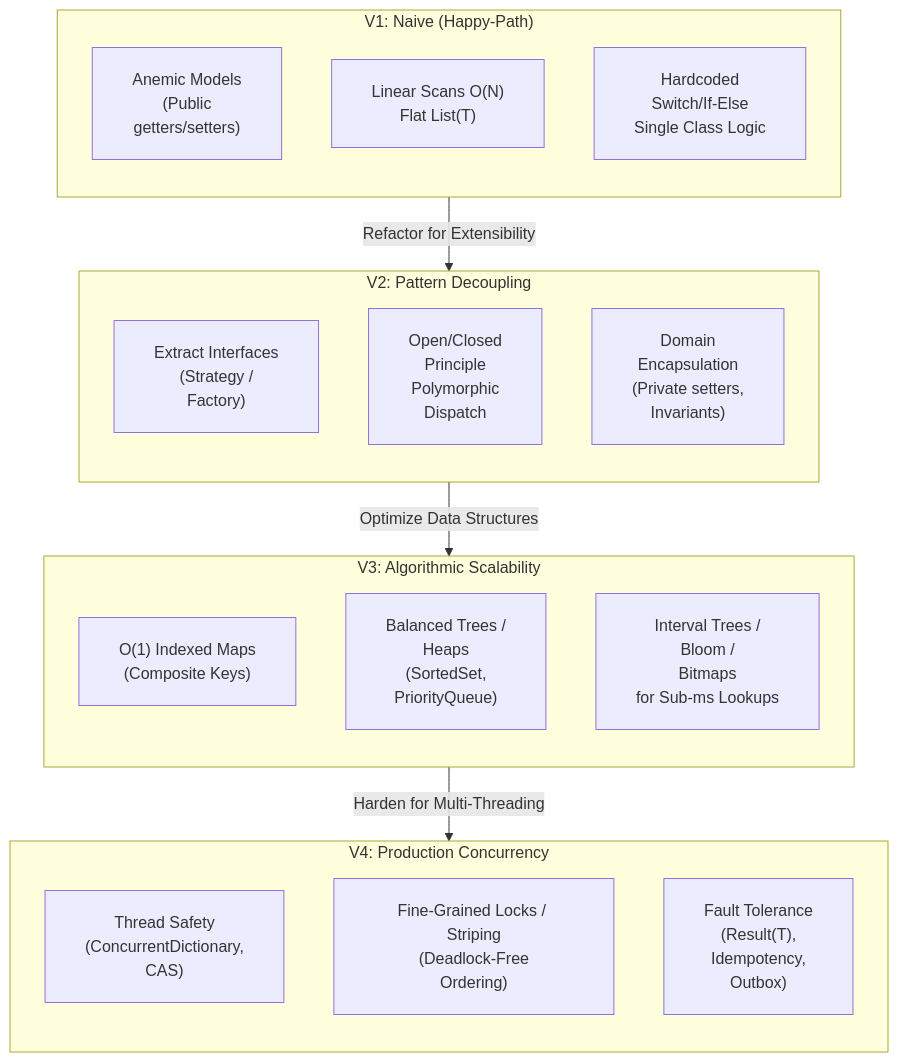
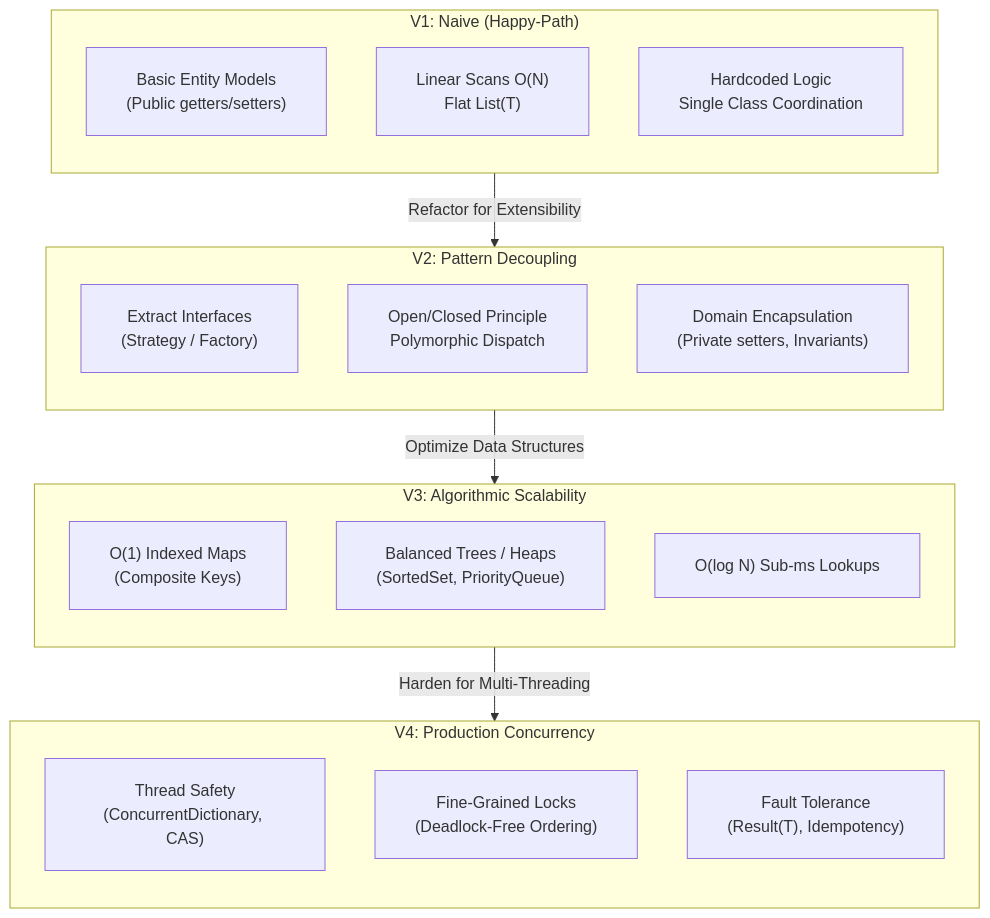
One commit to dip4k/DSA_102 changed the second of 2 diagrams in LLD/00_Core_Concepts/08_LLD_Problem_Families_and_Evolution.md. Above: the diagram before and after it, drawn with Mermaid. The commit also changed other lines of this file and 50 other files, not shown here.

````diff
--- a/LLD/00_Core_Concepts/08_LLD_Problem_Families_and_Evolution.md
+++ b/LLD/00_Core_Concepts/08_LLD_Problem_Families_and_Evolution.md
@@ -106,35 +116,35 @@
 ```mermaid
 %%{init: {"flowchart": {"htmlLabels": true, "padding": 20}, "themeCSS": "foreignObject { overflow: visible !important; }"}}%%
 flowchart TD
     subgraph V1["V1: Naive (Happy-Path)"]
         direction TB
-        V1_1["Anemic Models<br/>(Public<br/>getters/setters)"]
+        V1_1["Basic Entity Models<br/>(Public getters/setters)"]
         V1_2["Linear Scans O(N)<br/>Flat List(T)"]
-        V1_3["Hardcoded<br/>Switch/If-Else<br/>Single Class Logic"]
+        V1_3["Hardcoded Logic<br/>Single Class Coordination"]
     end
 
     subgraph V2["V2: Pattern Decoupling"]
         direction TB
-        V2_1["Extract Interfaces<br/>(Strategy /<br/>Factory)"]
-        V2_2["Open/Closed<br/>Principle<br/>Polymorphic<br/>Dispatch"]
-        V2_3["Domain<br/>Encapsulation<br/>(Private setters,<br/>Invariants)"]
+        V2_1["Extract Interfaces<br/>(Strategy / Factory)"]
+        V2_2["Open/Closed Principle<br/>Polymorphic Dispatch"]
+        V2_3["Domain Encapsulation<br/>(Private setters, Invariants)"]
     end
 
     subgraph V3["V3: Algorithmic Scalability"]
         direction TB
         V3_1["O(1) Indexed Maps<br/>(Composite Keys)"]
-        V3_2["Balanced Trees /<br/>Heaps<br/>(SortedSet,<br/>PriorityQueue)"]
-        V3_3["Interval Trees /<br/>Bloom /<br/>Bitmaps<br/>for Sub-ms Lookups"]
+        V3_2["Balanced Trees / Heaps<br/>(SortedSet, PriorityQueue)"]
+        V3_3["O(log N) Sub-ms Lookups"]
     end
 
     subgraph V4["V4: Production Concurrency"]
         direction TB
-        V4_1["Thread Safety<br/>(ConcurrentDictionary,<br/>CAS)"]
-        V4_2["Fine-Grained Locks / Striping<br/>(Deadlock-Free<br/>Ordering)"]
-        V4_3["Fault Tolerance<br/>(Result(T),<br/>Idempotency,<br/>Outbox)"]
+        V4_1["Thread Safety<br/>(ConcurrentDictionary, CAS)"]
+        V4_2["Fine-Grained Locks<br/>(Deadlock-Free Ordering)"]
+        V4_3["Fault Tolerance<br/>(Result(T), Idempotency)"]
     end
 
     V1 -->|"Refactor for Extensibility"| V2
     V2 -->|"Optimize Data Structures"| V3
     V3 -->|"Harden for Multi-Threading"| V4
 ```
````
